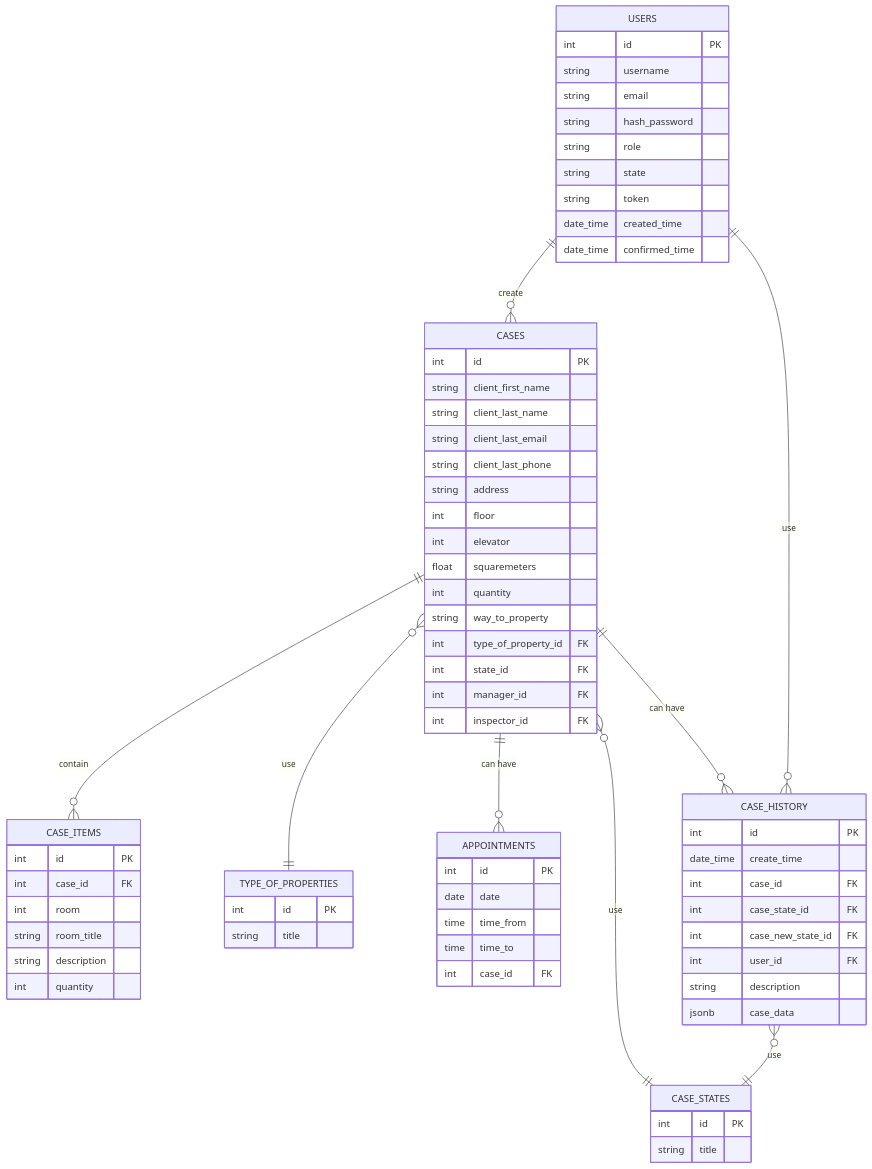
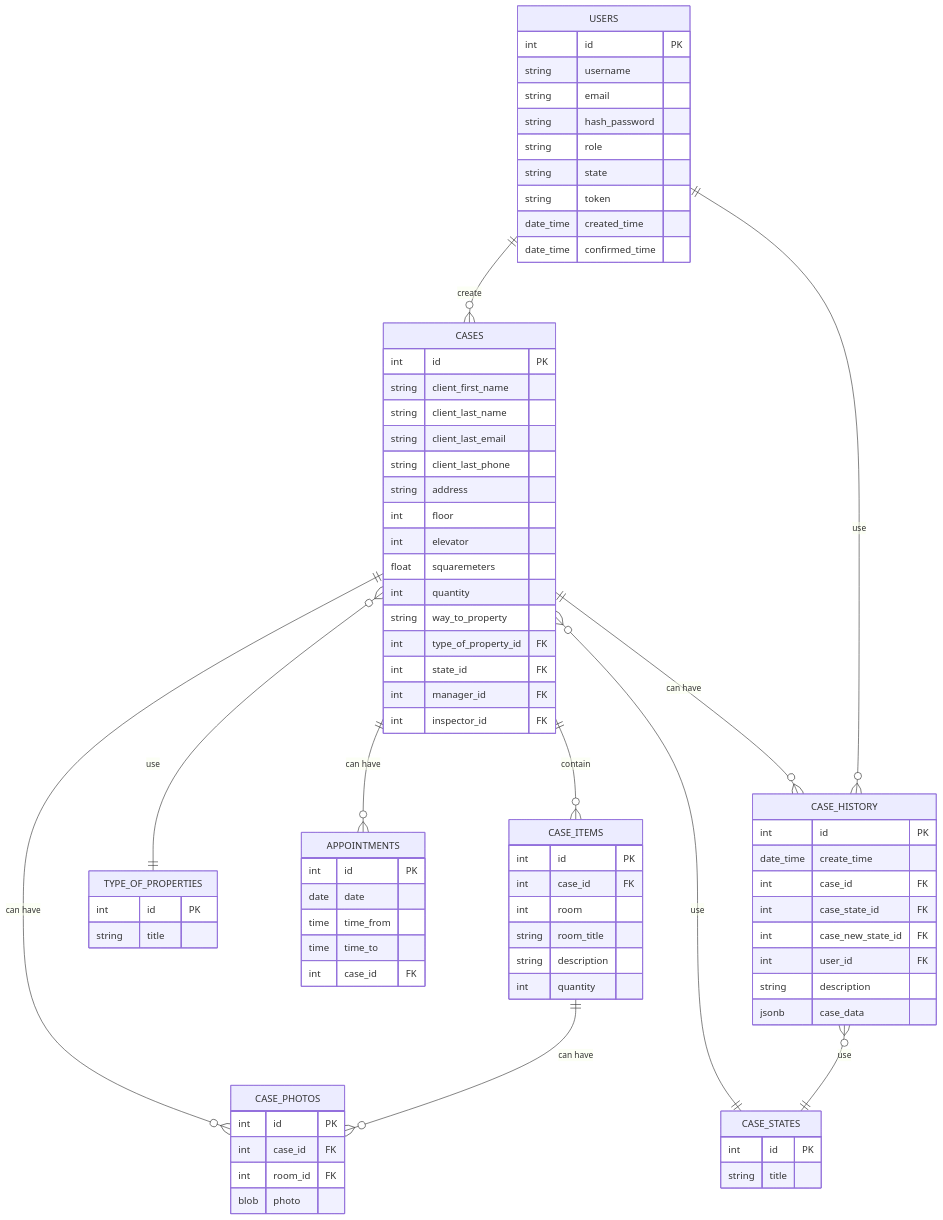
One commit to WildCodeSchool/2022-07-EN-Berlin-Remote1-Project3Planning changed the fourth of 4 diagrams in README.md. Above: the diagram before and after it, drawn with Mermaid.

Commit message:
Added CASE_PHOTOS table in Database Schema

```diff
--- a/README.md
+++ b/README.md
@@ -176,6 +176,8 @@
     CASES ||--o{ CASE_HISTORY : "can have"
     CASE_HISTORY o{--|| CASE_STATES : use
     CASE_HISTORY o{--|| USERS : use
+    CASES ||--o{ CASE_PHOTOS : "can have"
+    CASE_ITEMS ||--o{ CASE_PHOTOS : "can have"
     
     
     USERS {
@@ -209,8 +211,6 @@
         int inspector_id FK
     }
     
-    
-    
     CASE_ITEMS{
         int id PK
         int case_id FK
@@ -218,6 +218,13 @@
         string room_title
         string description
         int quantity
+    }
+    
+    CASE_PHOTOS{
+        int id PK
+        int case_id FK
+        int room_id FK
+        blob photo
     }
     
     CASE_STATES{
```
